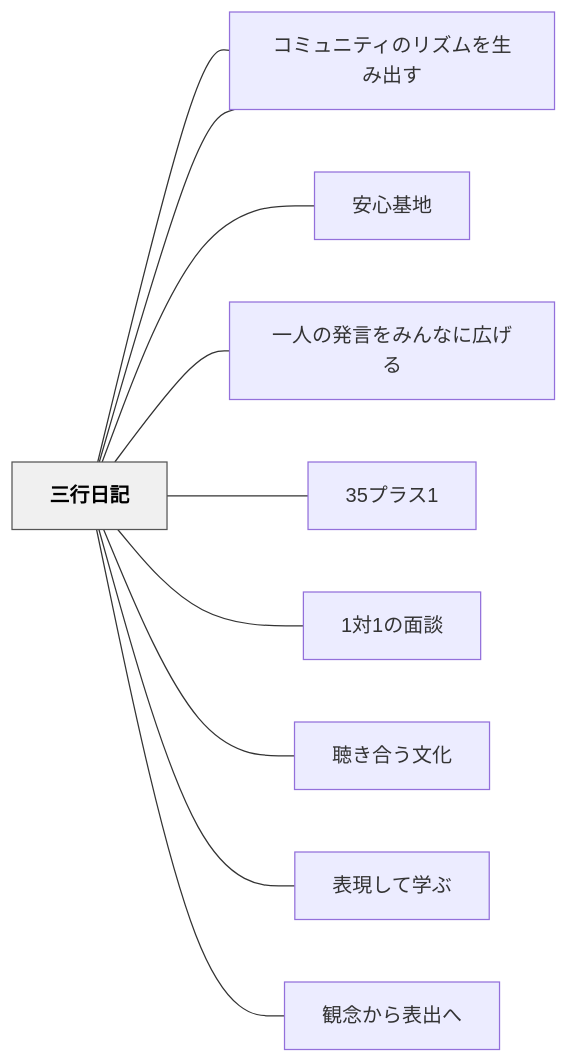
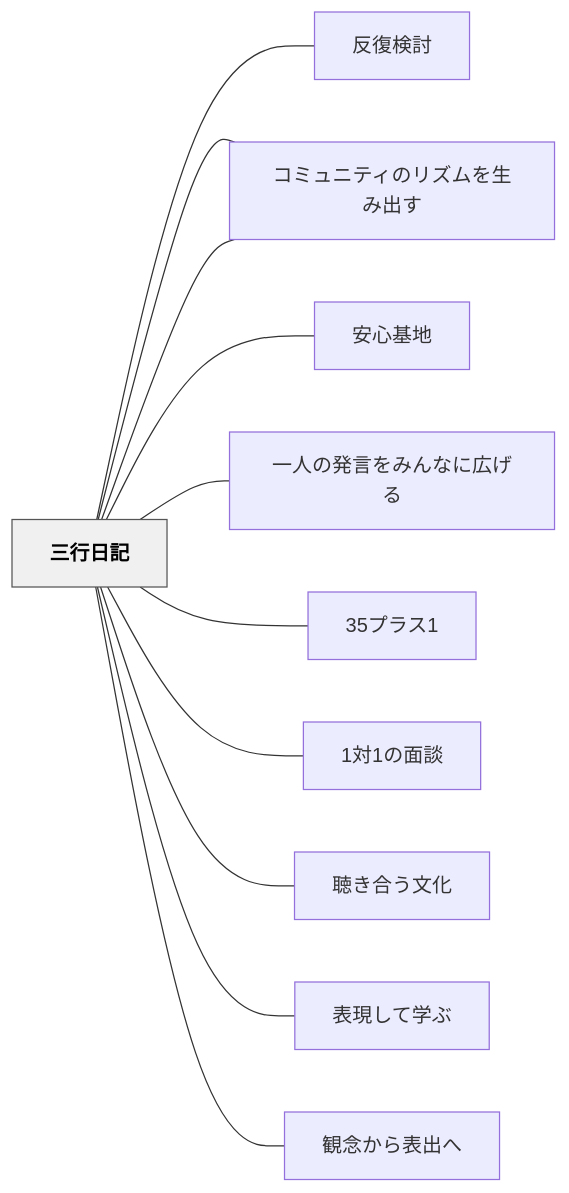
One commit to unknownthings-ed-patterns/unknownthings-ed-patterns changed the diagram in content/パタン/三行日記.md. Above: the diagram before and after it, drawn with Mermaid. The commit also changed other lines of this file and 47 other files, not shown here.

````diff
--- a/content/パタン/三行日記.md
+++ b/content/パタン/三行日記.md
@@ -80,26 +80,28 @@
 ```mermaid
 flowchart LR
     ne4b889e8a18c["三行日記"]
+    ne58f8de5bea9["反復検討"]
     ne382b3e3839f["コミュニティをつくる"]
     ne5ae89e5bf83["安心基地"]
     ne4b880e4baba["一人の発言をみんなに広げる"]
     n3335e38397e3["35プラス1"]
     n31e5afbe31e3["1対1の面談"]
     ne881b4e3818d["聴き合う文化"]
     ne382b3e3839f["コミュニティのリズムを生み出す"]
     ne8a1a8e78fbe["表現して学ぶ"]
     ne8a6b3e5bfb5["観念から表出へ"]
 
+    ne4b889e8a18c --- ne58f8de5bea9
     ne4b889e8a18c --- ne382b3e3839f
     ne4b889e8a18c --- ne5ae89e5bf83
     ne4b889e8a18c --- ne4b880e4baba
     ne4b889e8a18c --- n3335e38397e3
     ne4b889e8a18c --- n31e5afbe31e3
     ne4b889e8a18c --- ne881b4e3818d
     ne4b889e8a18c --- ne382b3e3839f
     ne4b889e8a18c --- ne8a1a8e78fbe
     ne4b889e8a18c --- ne8a6b3e5bfb5
 
     classDef hub fill:#f0f0f0,stroke:#555,color:#000,font-weight:bold
     class ne4b889e8a18c hub
 ```
````
